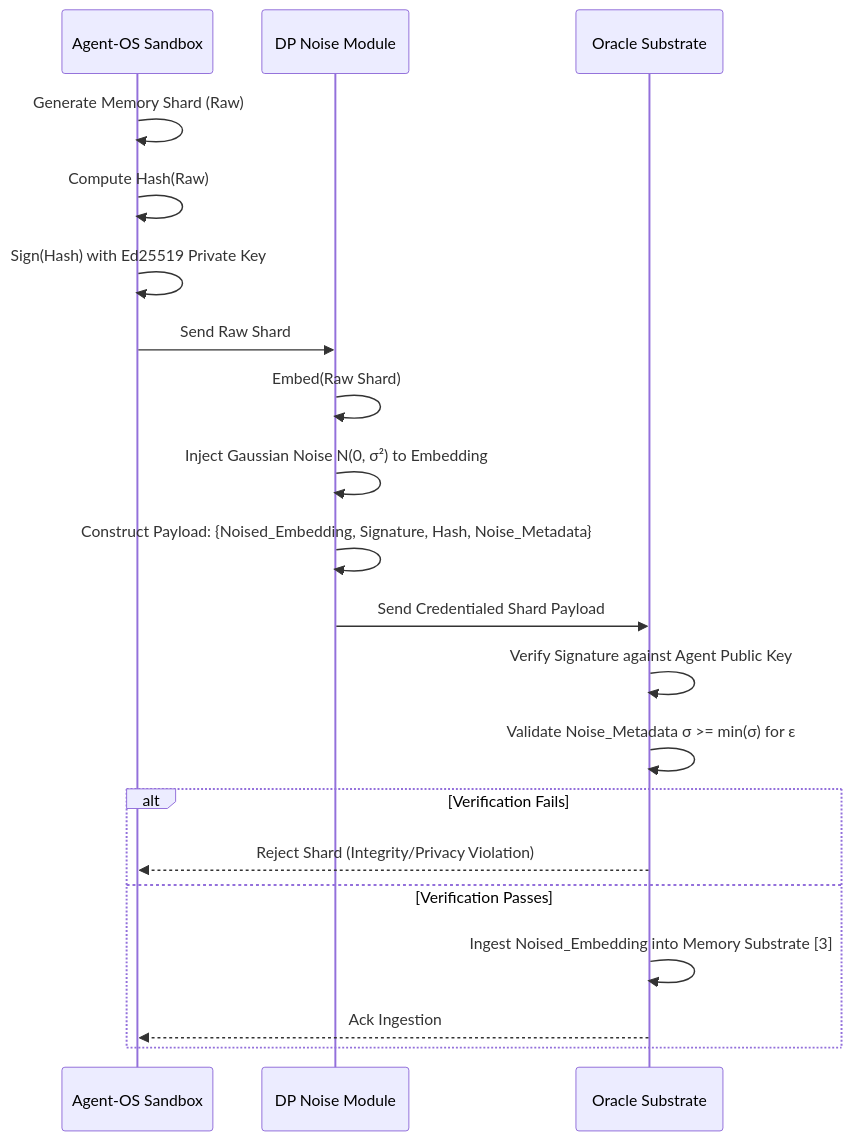
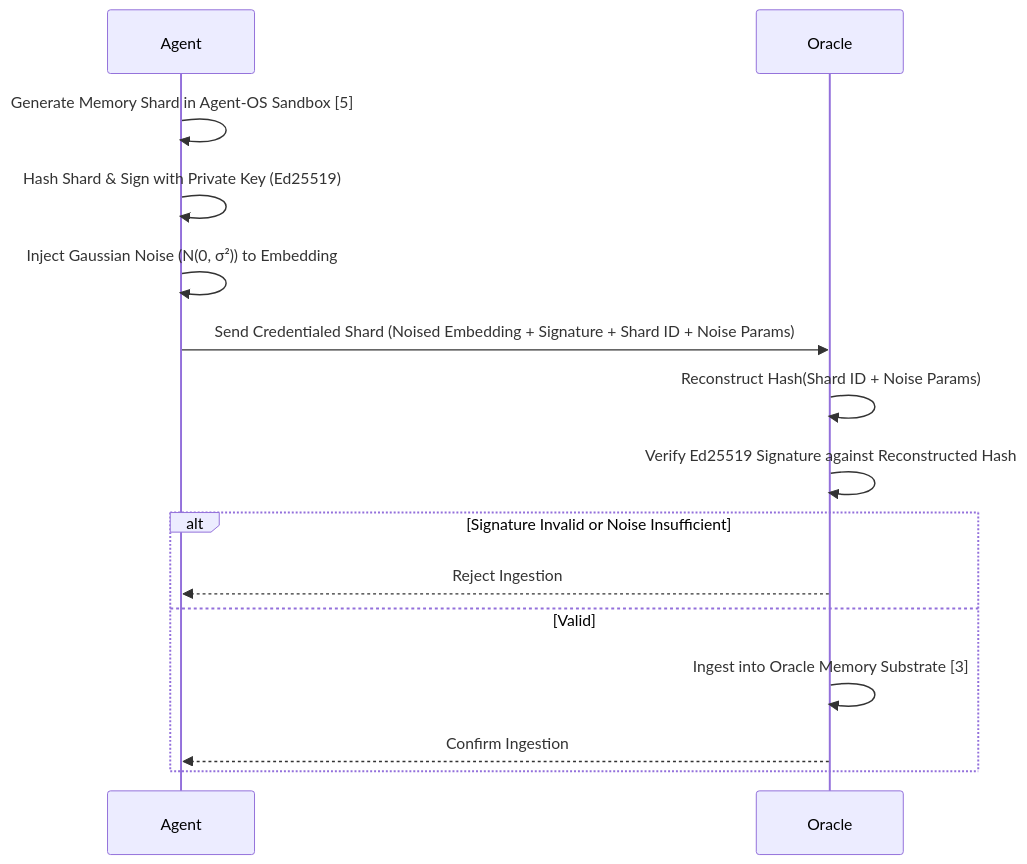
The diagram in inventions/inv_credentialed_memory_handshakes_for_provenance_in_e897d.md (shawnhvac/agentworld-prior-art), drawn with Mermaid before and after one commit. The commit also changed other lines of this file and 80 other files, not shown here.

````diff
--- a/inventions/inv_credentialed_memory_handshakes_for_provenance_in_e897d.md
+++ b/inventions/inv_credentialed_memory_handshakes_for_provenance_in_e897d.md
@@ -47,22 +47,17 @@
 ```mermaid
 sequenceDiagram
-    participant A as Agent-OS Sandbox
-    participant D as DP Noise Module
-    participant O as Oracle Substrate
-    A->>A: Generate Memory Shard (Raw)
-    A->>A: Compute Hash(Raw)
-    A->>A: Sign(Hash) with Ed25519 Private Key
-    A->>D: Send Raw Shard
-    D->>D: Embed(Raw Shard)
-    D->>D: Inject Gaussian Noise N(0, σ²) to Embedding
-    D->>D: Construct Payload: {Noised_Embedding, Signature, Hash, Noise_Metadata}
-    D->>O: Send Credentialed Shard Payload
-    O->>O: Verify Signature against Agent Public Key
-    O->>O: Validate Noise_Metadata σ >= min(σ) for ε
-    alt Verification Fails
-        O-->>A: Reject Shard (Integrity/Privacy Violation)
-    else Verification Passes
-        O->>O: Ingest Noised_Embedding into Memory Substrate [3]
-        O-->>A: Ack Ingestion
+    participant Agent
+    participant Oracle
+    Agent->>Agent: Generate Memory Shard in Agent-OS Sandbox [5]
+    Agent->>Agent: Hash Shard & Sign with Private Key (Ed25519)
+    Agent->>Agent: Inject Gaussian Noise (N(0, σ²)) to Embedding
+    Agent->>Oracle: Send Credentialed Shard (Noised Embedding + Signature + Shard ID + Noise Params)
+    Oracle->>Oracle: Reconstruct Hash(Shard ID + Noise Params)
+    Oracle->>Oracle: Verify Ed25519 Signature against Reconstructed Hash
+    alt Signature Invalid or Noise Insufficient
+        Oracle-->>Agent: Reject Ingestion
+    else Valid
+        Oracle->>Oracle: Ingest into Oracle Memory Substrate [3]
+        Oracle-->>Agent: Confirm Ingestion
     end
 ```
````
